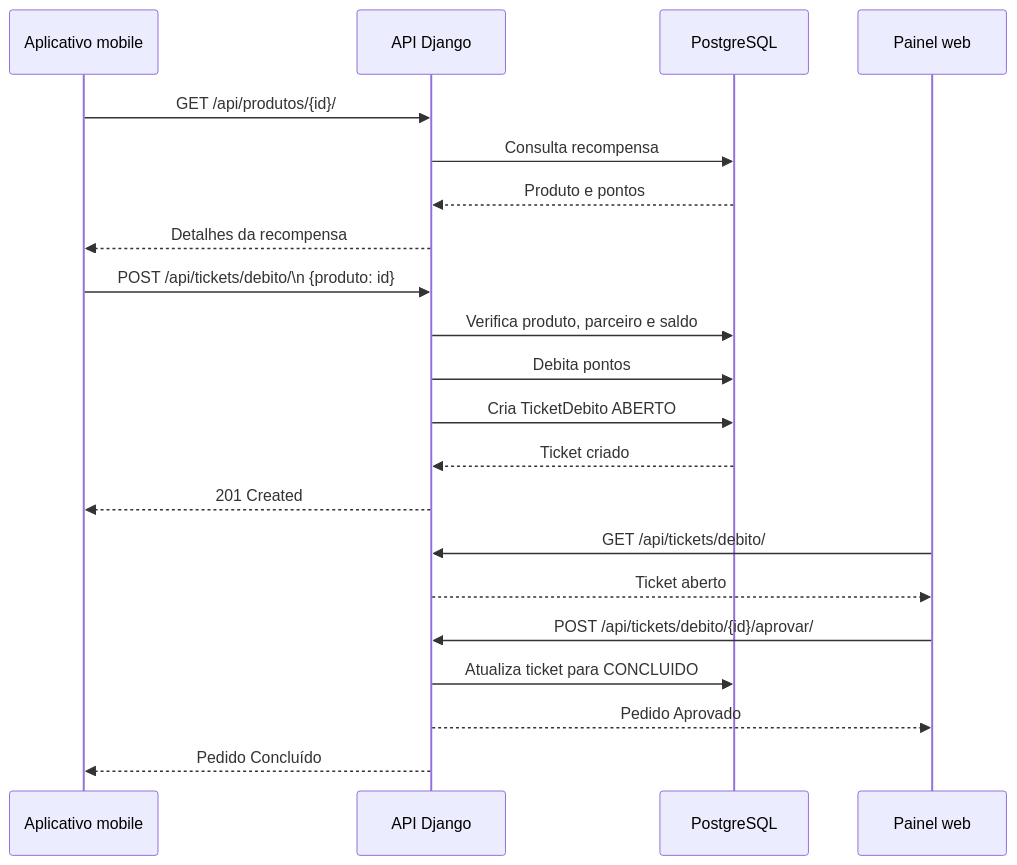
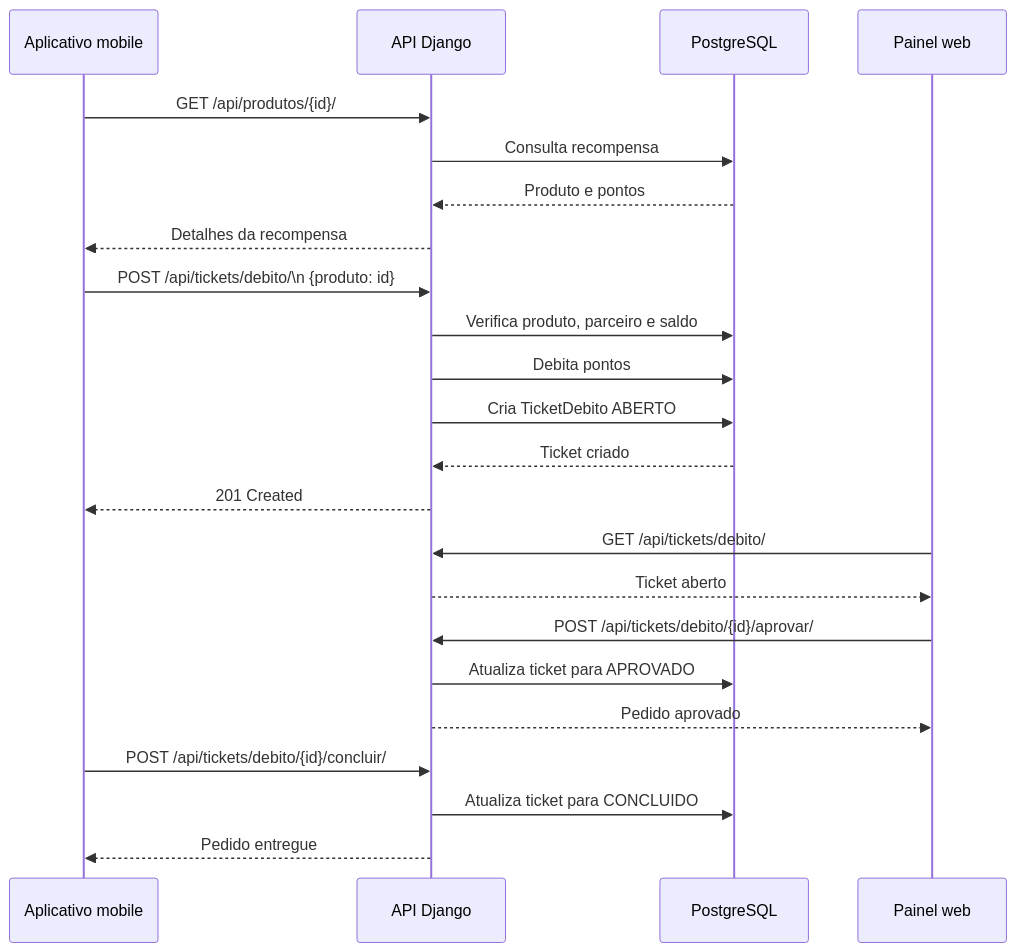
The fifth of 7 diagrams in docs/fluxo_requisicao.md (Gabriela-Amaro/JanuPoints-TCC), drawn with Mermaid before and after one commit. The commit also changed other lines of this file and 8 other files, not shown here.

````diff
--- a/docs/fluxo_requisicao.md
+++ b/docs/fluxo_requisicao.md
@@ -150,27 +152,29 @@
 ```mermaid
 sequenceDiagram
     participant Cliente as Aplicativo mobile
     participant API as API Django
     participant Banco as PostgreSQL
     participant Painel as Painel web
 
     Cliente->>API: GET /api/produtos/{id}/
     API->>Banco: Consulta recompensa
     Banco-->>API: Produto e pontos
     API-->>Cliente: Detalhes da recompensa
 
     Cliente->>API: POST /api/tickets/debito/\n {produto: id}
     API->>Banco: Verifica produto, parceiro e saldo
     API->>Banco: Debita pontos
     API->>Banco: Cria TicketDebito ABERTO
     Banco-->>API: Ticket criado
     API-->>Cliente: 201 Created
 
     Painel->>API: GET /api/tickets/debito/
     API-->>Painel: Ticket aberto
 
     Painel->>API: POST /api/tickets/debito/{id}/aprovar/
+    API->>Banco: Atualiza ticket para APROVADO
+    API-->>Painel: Pedido aprovado
+    Cliente->>API: POST /api/tickets/debito/{id}/concluir/
     API->>Banco: Atualiza ticket para CONCLUIDO
-    API-->>Painel: Pedido Aprovado
-    API-->>Cliente: Pedido Concluído
+    API-->>Cliente: Pedido entregue
 ```
````
